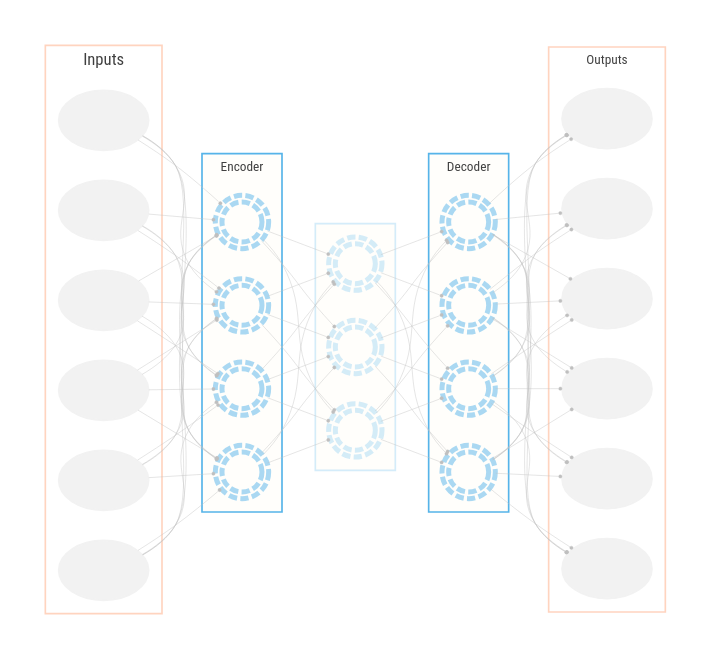
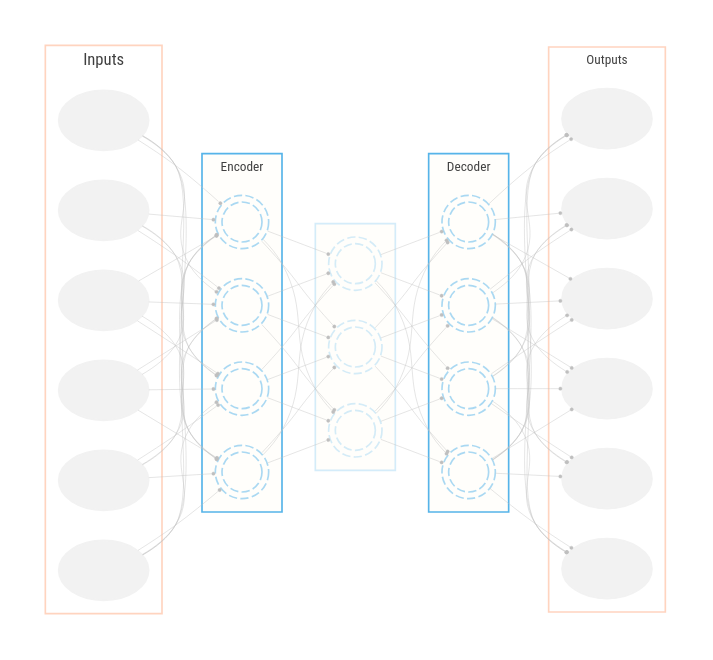
One commit to m-clark/book-of-models changed the diagram in img/autoencoder.dot. Above: the diagram before and after it, drawn with Graphviz. The commit also changed 23 other files, not shown here.

```diff
--- a/img/autoencoder.dot
+++ b/img/autoencoder.dot
@@ -1,103 +1,102 @@
 digraph pca {
     // graphviz evidently cannot create a decent graph and allow the standard settings like bgcolor and name to work
     // you either create the look with rank=same or lose a lot of options without it.
     // so bizarre.
     rankdir=LR;
     fontcolor=gray25;
     node [shape=oval style=filled color=lightblue ordering=out fontname="Roboto Condensed" fontsize=8];
     edge [color=gray75 arrowhead=dot arrowsize=0.25 penwidth=0.25];
 
     subgraph cluster_observed {
         color= transparent;
         subgraph cluster_inputs {
             color= "#ff550040";
             label="Inputs";
             fontname="Roboto Condensed";
             fontsize = 10;
             node [color=gray95 ordering=out label = ""];
             x1; x2; x3; x4; x5; x6;
         }
     }
 
 
-
     subgraph cluster_hidden{
         color=transparent;
         subgraph cluster_encoder {
-        color= "#56B4E9";
-        bgcolor="#FFEFD51A"
-        label="Encoder";
-        fontname="Roboto Condensed";
-        fontsize = 8;
-        node [fixedsize=True fontsize =10 width=.33 color = "#56B4E980" shape=doublecircle style=dashed penwidth=3 label = ""];
-        H1; H2; H3; H4;
-    }
+            color= "#56B4E9";
+            bgcolor="#FFEFD51A"
+            label="Encoder";
+            fontname="Roboto Condensed";
+            fontsize = 8;
+            node [fixedsize=True fontsize =1 width=.33 color = "#56B4E980" shape=doublecircle style=dashed penwidth=1 label = ""];
+            H1; H2; H3; H4;
+        } 
 
-     subgraph cluster_middle {
-        fontname="Roboto Condensed";
-        fontsize = 8;
-        bgcolor="#FFEFD51A"
-        color="#56B4E940";
-        label="";
-        node [fixedsize=True fontsize =10 width=.33 color = "#56B4E940" shape=doublecircle style=dashed penwidth=3 label = ""];
-        H5; H6; H7;
-    }
+        subgraph cluster_middle {
+            fontname="Roboto Condensed";
+            fontsize = 8;
+            bgcolor="#FFEFD51A"
+            color="#56B4E940";
+            label="";
+            node [fixedsize=True fontsize =20 width=.33 color = "#56B4E940" shape=doublecircle style=dashed penwidth=1 label = ""];
+            H5; H6; H7;
+        }
 
-     subgraph cluster_decoder {
-        color= "#56B4E9";
-        bgcolor="#FFEFD51A"
-        label="Decoder";
-        fontname="Roboto Condensed";
-        fontsize = 8;
-        node [fixedsize=True fontsize =10 width=.33 color = "#56B4E980" shape=doublecircle style=dashed penwidth=3 label = ""];
-        H8; H9; H10; H11;
-    }
+        subgraph cluster_decoder {
+            color= "#56B4E9";
+            bgcolor="#FFEFD51A"
+            label="Decoder";
+            fontname="Roboto Condensed";
+            fontsize = 8;
+            node [fixedsize=True fontsize =10 width=.33 color = "#56B4E980" shape=doublecircle style=dashed penwidth=1 label = ""];
+            H8; H9; H10; H11;
+        }
     }
 
 
     subgraph cluster_observed2 {
         color= transparent;
         subgraph cluster_outputs {
             fontname="Roboto Condensed";
             fontsize = 8;
             color= "#ff550040";
             label="Outputs";
             node [color=gray95 label = ""];
             y1; y2; y3; y4; y5; y6; 
         }
     }
     {x1 x2 x3 x4 x5 x6} -> H1;
     {x1 x2 x3 x4 x5 x6} -> H2;
     {x1 x2 x3 x4 x5 x6} -> H3;
     {x1 x2 x3 x4 x5 x6} -> H4;
 
     {H1 H2 H3 H4} -> H5;
     {H1 H2 H3 H4} -> H6;
     {H1 H2 H3 H4} -> H7;
 
     {H5 H6 H7} -> H8;
     {H5 H6 H7} -> H9;
     {H5 H6 H7} -> H10;
     {H5 H6 H7} -> H11;
 
     {H8 H9 H10 H11} -> y1;
     {H8 H9 H10 H11} -> y2;
     {H8 H9 H10 H11} -> y3;
     {H8 H9 H10 H11} -> y4;
     {H8 H9 H10 H11} -> y5;
     {H8 H9 H10 H11} -> y6;
 
 
 
     // x1 -> {H1 H2 H3 H4};
     // x2 -> {H1 H2 H3 H4};
     // x3 -> {H1 H2 H3 H4};
     // x4 -> {H1 H2 H3 H4};
     // x5 -> {H1 H2 H3 H4};
     // x6 -> {H1 H2 H3 H4};
 
     // {H1 H2 H3 H4} -> {H5 H6 H7};
     // {H5 H6 H7} -> {H8 H9 H10 H11};
 
     // {H8 H9 H10 H11} -> {y1 y2 y3 y4 y5 y6 };
 }
```
